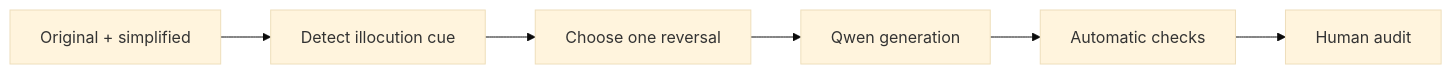
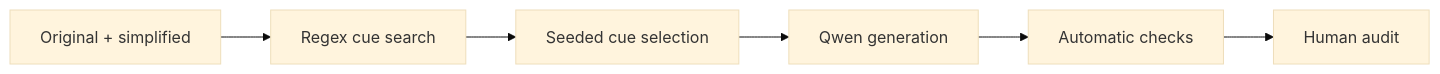
Before and after one commit to kenjihilasak/feats-simplification-evaluator: the diagram in phase6_degraded_corpus/docs/illocution_degradation.md, drawn with Mermaid (base theme). The commit also changed other lines of this file, not shown here.

Commit message:
Clarify Illocution cue selection

````diff
--- a/phase6_degraded_corpus/docs/illocution_degradation.md
+++ b/phase6_degraded_corpus/docs/illocution_degradation.md
@@ -15,8 +15,8 @@
 ```mermaid
 flowchart LR
-    A["Original + simplified"] --> B["Detect illocution cue"]
-    B --> C["Choose one reversal"]
+    A["Original + simplified"] --> B["Regex cue search"]
+    B --> C["Seeded cue selection"]
     C --> D["Qwen generation"]
     D --> E["Automatic checks"]
     E --> F["Human audit"]
 ```
````
